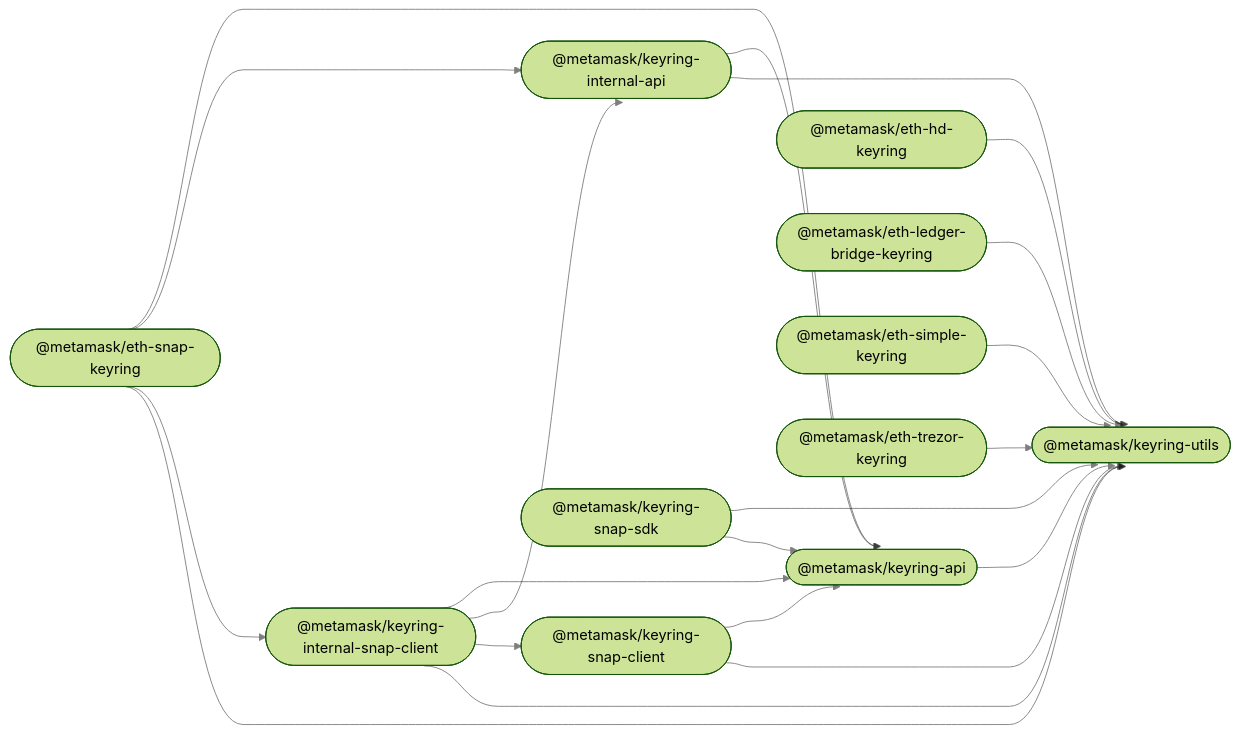
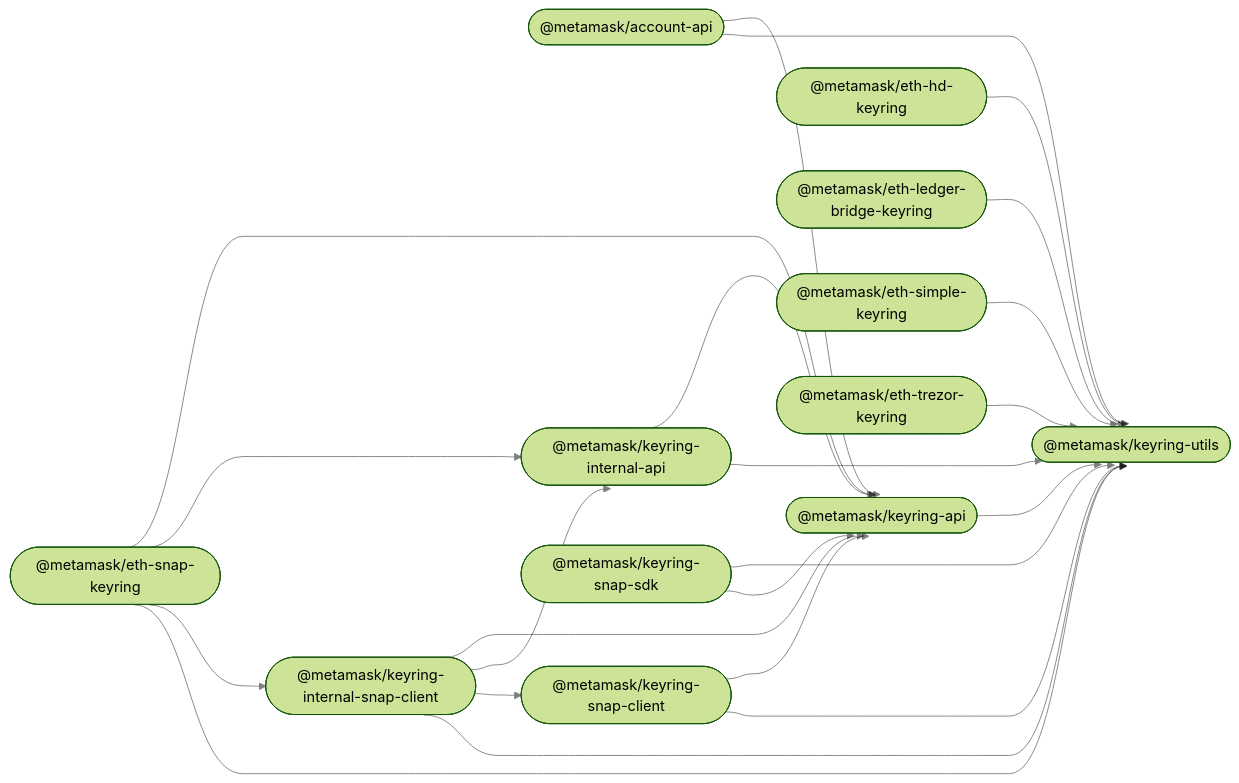
One commit to MetaMask/accounts changed the diagram in README.md. Above: the diagram before and after it, drawn with Mermaid (forest theme). The commit also changed other lines of this file and 15 other files, not shown here.

First line of the commit message:
feat(account-api): add `Account{Group,Wallet}` support (#307)

````diff
--- a/README.md
+++ b/README.md
@@ -33,35 +34,38 @@
 ```mermaid
 %%{ init: { 'flowchart': { 'curve': 'bumpX' } } }%%
 graph LR;
 linkStyle default opacity:0.5
+  account_api(["@metamask/account-api"]);
   keyring_api(["@metamask/keyring-api"]);
   eth_hd_keyring(["@metamask/eth-hd-keyring"]);
   eth_ledger_bridge_keyring(["@metamask/eth-ledger-bridge-keyring"]);
   eth_simple_keyring(["@metamask/eth-simple-keyring"]);
   eth_trezor_keyring(["@metamask/eth-trezor-keyring"]);
   keyring_internal_api(["@metamask/keyring-internal-api"]);
   keyring_internal_snap_client(["@metamask/keyring-internal-snap-client"]);
   eth_snap_keyring(["@metamask/eth-snap-keyring"]);
   keyring_snap_client(["@metamask/keyring-snap-client"]);
   keyring_snap_sdk(["@metamask/keyring-snap-sdk"]);
   keyring_utils(["@metamask/keyring-utils"]);
+  account_api --> keyring_api;
+  account_api --> keyring_utils;
   keyring_api --> keyring_utils;
   eth_hd_keyring --> keyring_utils;
   eth_ledger_bridge_keyring --> keyring_utils;
   eth_simple_keyring --> keyring_utils;
   eth_trezor_keyring --> keyring_utils;
   keyring_internal_api --> keyring_api;
   keyring_internal_api --> keyring_utils;
   keyring_internal_snap_client --> keyring_api;
   keyring_internal_snap_client --> keyring_internal_api;
   keyring_internal_snap_client --> keyring_snap_client;
   keyring_internal_snap_client --> keyring_utils;
   eth_snap_keyring --> keyring_api;
   eth_snap_keyring --> keyring_internal_api;
   eth_snap_keyring --> keyring_internal_snap_client;
   eth_snap_keyring --> keyring_utils;
   keyring_snap_client --> keyring_api;
   keyring_snap_client --> keyring_utils;
   keyring_snap_sdk --> keyring_utils;
   keyring_snap_sdk --> keyring_api;
 ```
````
